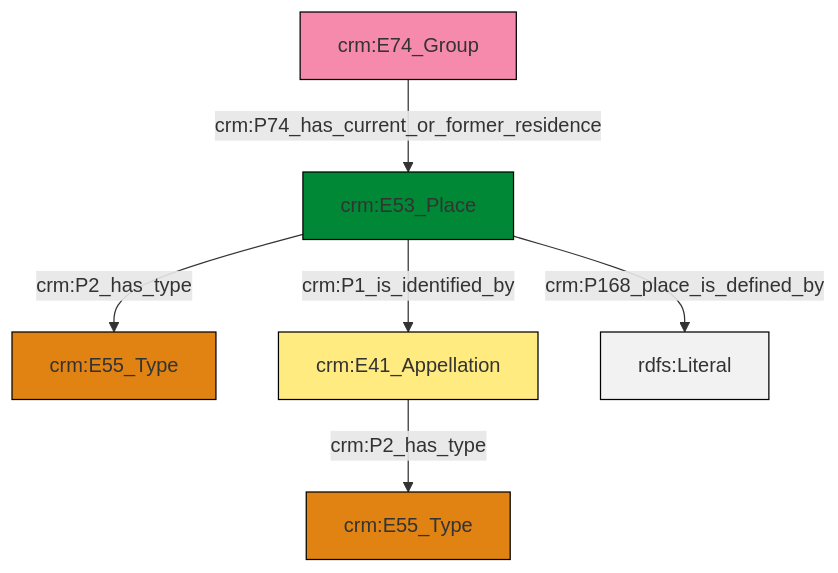
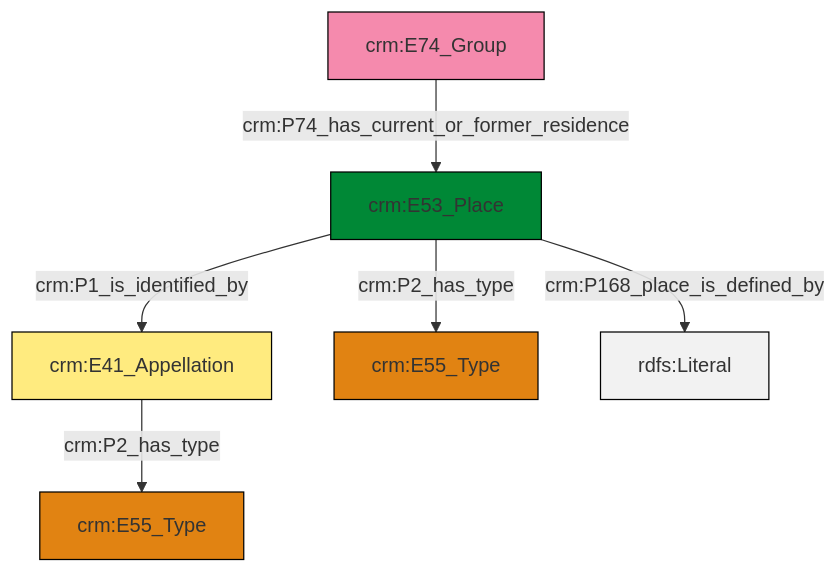
One commit to swiss-art-research-net/reference-data-models changed the diagram in et/groupCSV/ttl/mmd/group_location.ttl.mmd. Above: the diagram before and after it, drawn with Mermaid. The commit also changed 119 other files, not shown here.

```diff
--- a/et/groupCSV/ttl/mmd/group_location.ttl.mmd
+++ b/et/groupCSV/ttl/mmd/group_location.ttl.mmd
@@ -1,20 +1,20 @@
 graph TD
 classDef Literal fill:#f2f2f2,stroke:#000000;
 classDef CRM_Entity fill:#FFFFFF,stroke:#000000;
 classDef Temporal_Entity fill:#00C9E6, stroke:#000000;
 classDef Type fill:#E18312, stroke:#000000;
 classDef Time-Span fill:#2C9C91, stroke:#000000;
 classDef Appellation fill:#FFEB7F, stroke:#000000;
 classDef Place fill:#008836, stroke:#000000;
 classDef Persistent_Item fill:#B266B2, stroke:#000000;
 classDef Conceptual_Object fill:#FFD700, stroke:#000000;
 classDef Physical_Thing fill:#D2B48C, stroke:#000000;
 classDef Actor fill:#f58aad, stroke:#000000;
 classDef PC_Classes fill:#4ce600, stroke:#000000;
 classDef Multi fill:#cccccc,stroke:#000000;
 
-0["crm:E74_Group"]:::Actor -->|crm:P74_has_current_or_former_residence| 1["crm:E53_Place"]:::Place
-1["crm:E53_Place"]:::Place -->|crm:P2_has_type| 2["crm:E55_Type"]:::Type
-3["crm:E41_Appellation"]:::Appellation -->|crm:P2_has_type| 5["crm:E55_Type"]:::Type
-1["crm:E53_Place"]:::Place -->|crm:P168_place_is_defined_by| 7[rdfs:Literal]:::Literal
-1["crm:E53_Place"]:::Place -->|crm:P1_is_identified_by| 3["crm:E41_Appellation"]:::Appellation
+0["crm:E41_Appellation"]:::Appellation -->|crm:P2_has_type| 1["crm:E55_Type"]:::Type
+5["crm:E53_Place"]:::Place -->|crm:P168_place_is_defined_by| 6[rdfs:Literal]:::Literal
+5["crm:E53_Place"]:::Place -->|crm:P2_has_type| 2["crm:E55_Type"]:::Type
+5["crm:E53_Place"]:::Place -->|crm:P1_is_identified_by| 0["crm:E41_Appellation"]:::Appellation
+10["crm:E74_Group"]:::Actor -->|crm:P74_has_current_or_former_residence| 5["crm:E53_Place"]:::Place
```
